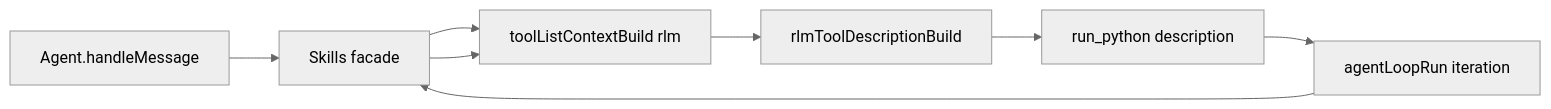
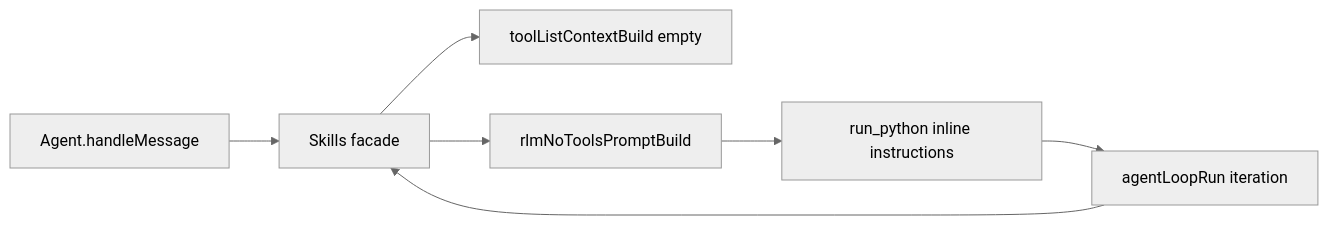
Before and after one commit to ex3ndr/daycare: the fifth of 5 diagrams in doc/internals/skills.md, drawn with Mermaid (neutral theme). The commit also changed other lines of this file and 56 other files, not shown here.

````diff
--- a/doc/internals/skills.md
+++ b/doc/internals/skills.md
@@ -138,10 +137,9 @@
 ```mermaid
 flowchart LR
   Agent[Agent.handleMessage] --> SkillsFacade[Skills facade]
-  SkillsFacade --> ToolList[toolListContextBuild rlm]
-  ToolList --> Desc[rlmToolDescriptionBuild]
-  Desc --> Python[run_python description]
+  SkillsFacade --> ToolList[toolListContextBuild empty]
+  SkillsFacade --> Prompt[rlmNoToolsPromptBuild]
+  Prompt --> Python[run_python inline instructions]
   Python --> Loop[agentLoopRun iteration]
   Loop --> SkillsFacade
-  SkillsFacade --> ToolList
 ```
````
